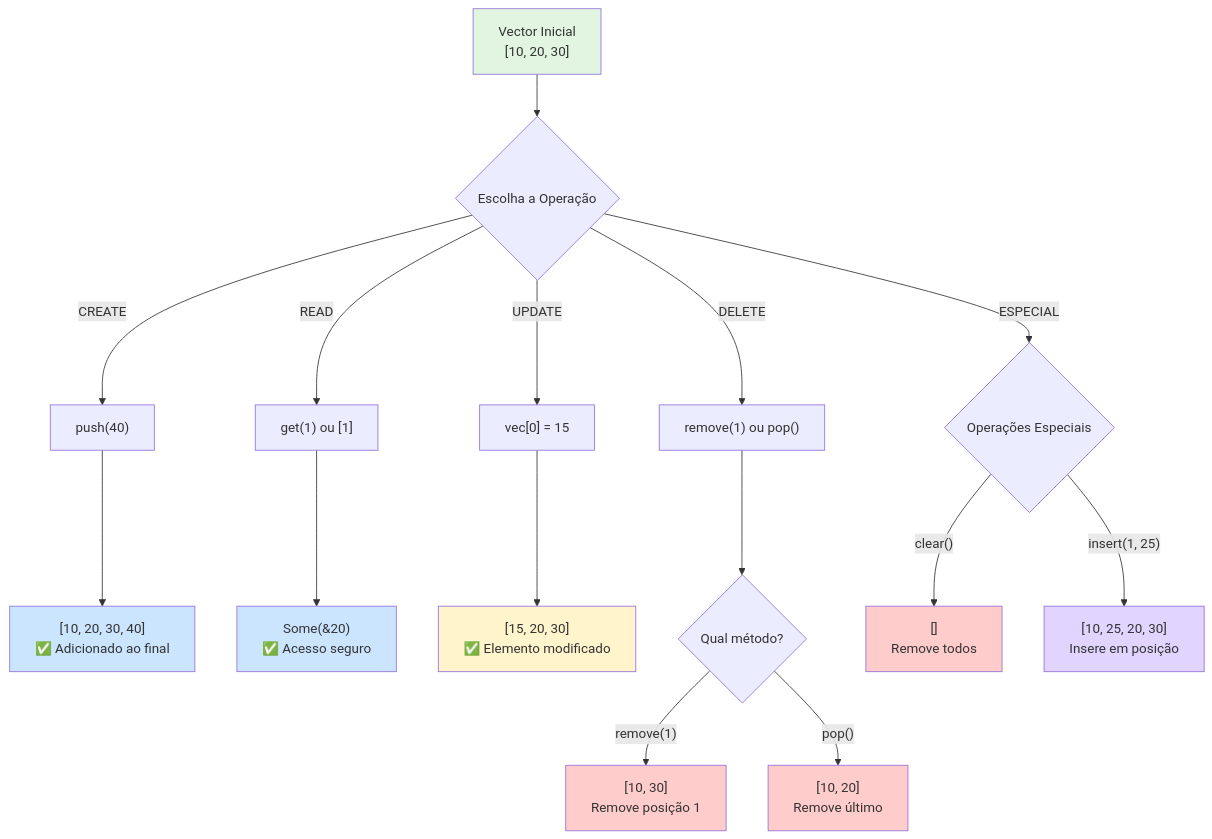
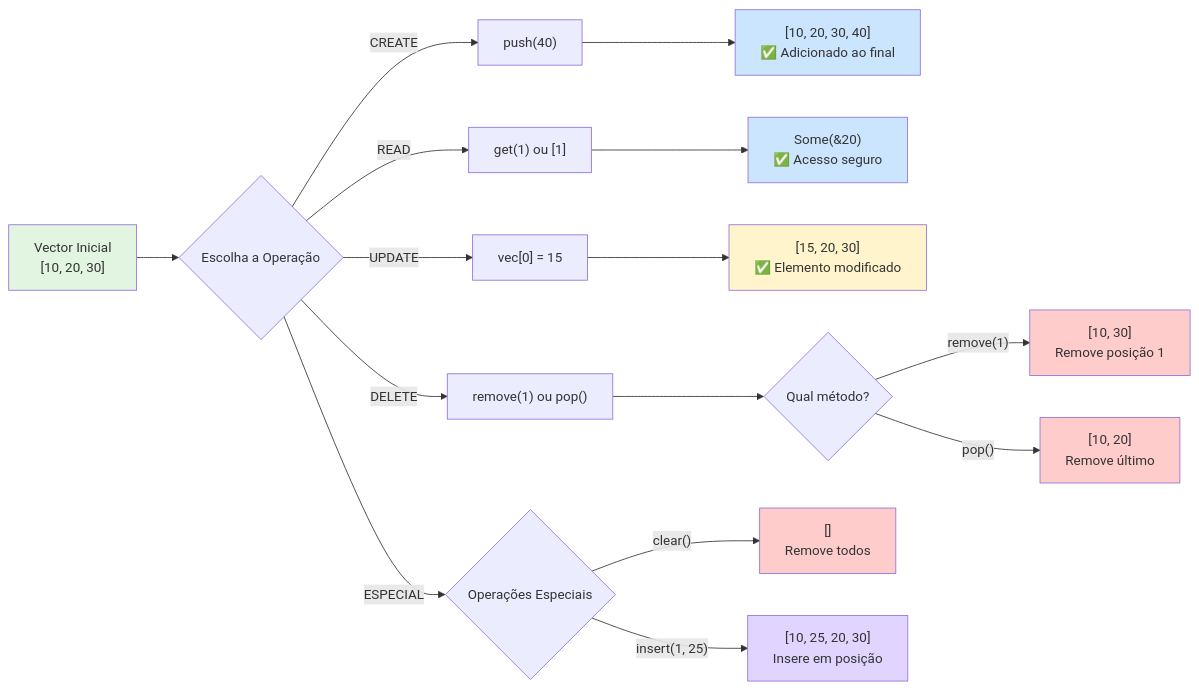
Before and after one commit to thgbianeck/rust-iniciantes: the third of 6 diagrams in fase01-fundamentos/dia08/dia08.md, drawn with Mermaid. The commit also changed other lines of this file and 5 other files, not shown here.

````diff
--- a/fase01-fundamentos/dia08/dia08.md
+++ b/fase01-fundamentos/dia08/dia08.md
@@ -191,32 +191,32 @@
 ```mermaid
-flowchart TD
+flowchart LR
     Start["Vector Inicial<br/>[10, 20, 30]"] --> Operations{Escolha a Operação}
     
     Operations -->|CREATE| Push["push(40)"]
     Operations -->|READ| Get["get(1) ou [1]"]
     Operations -->|UPDATE| Modify["vec[0] = 15"]
     Operations -->|DELETE| Remove["remove(1) ou pop()"]
     
     Push --> PushResult["[10, 20, 30, 40]<br/>✅ Adicionado ao final"]
     
     Get --> GetResult["Some(&20)<br/>✅ Acesso seguro"]
     
     Modify --> ModifyResult["[15, 20, 30]<br/>✅ Elemento modificado"]
     
     Remove --> RemoveChoice{Qual método?}
     RemoveChoice -->|"remove(1)"| RemoveIdx["[10, 30]<br/>Remove posição 1"]
     RemoveChoice -->|"pop()"| PopResult["[10, 20]<br/>Remove último"]
     
     Operations -->|ESPECIAL| Special{Operações Especiais}
     Special -->|"clear()"| Clear["[]<br/>Remove todos"]
     Special -->|"insert(1, 25)"| Insert["[10, 25, 20, 30]<br/>Insere em posição"]
     
     style Start fill:#e1f5e1
     style PushResult fill:#cce5ff
     style GetResult fill:#cce5ff
     style ModifyResult fill:#fff4cc
     style RemoveIdx fill:#ffcccc
     style PopResult fill:#ffcccc
     style Clear fill:#ffcccc
     style Insert fill:#e1d5ff
 ```
````
